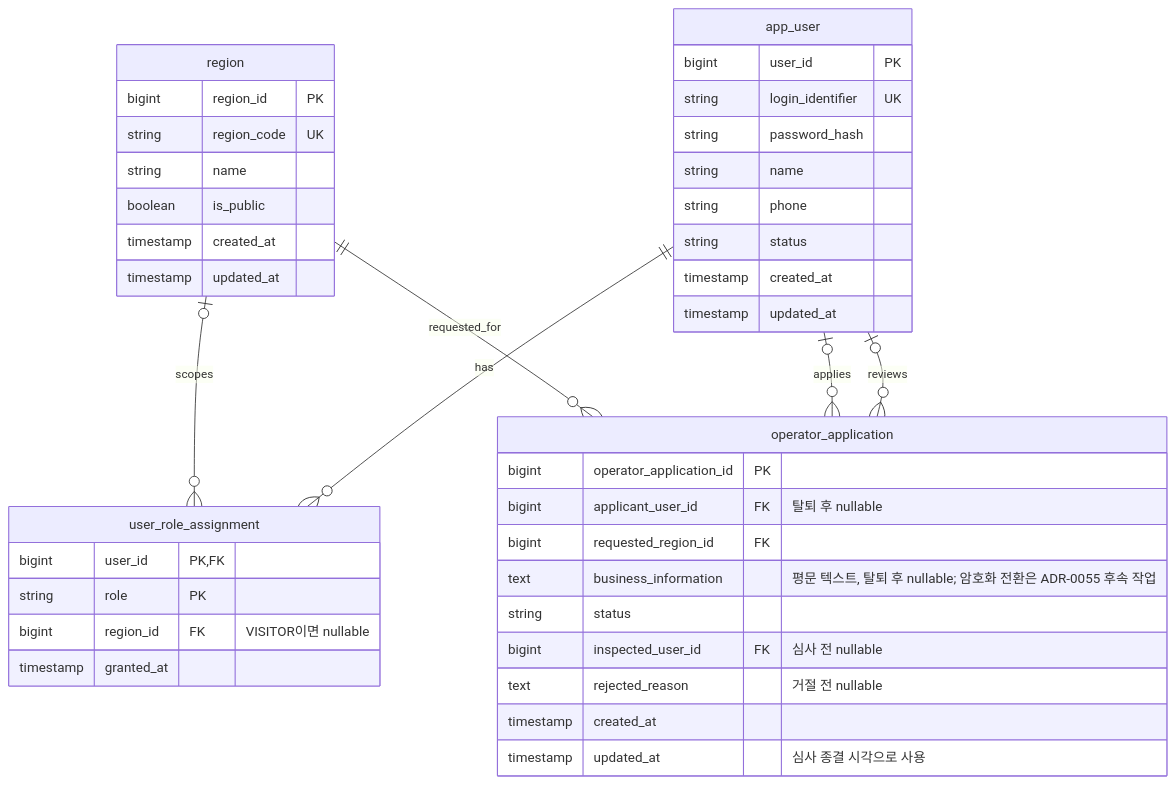
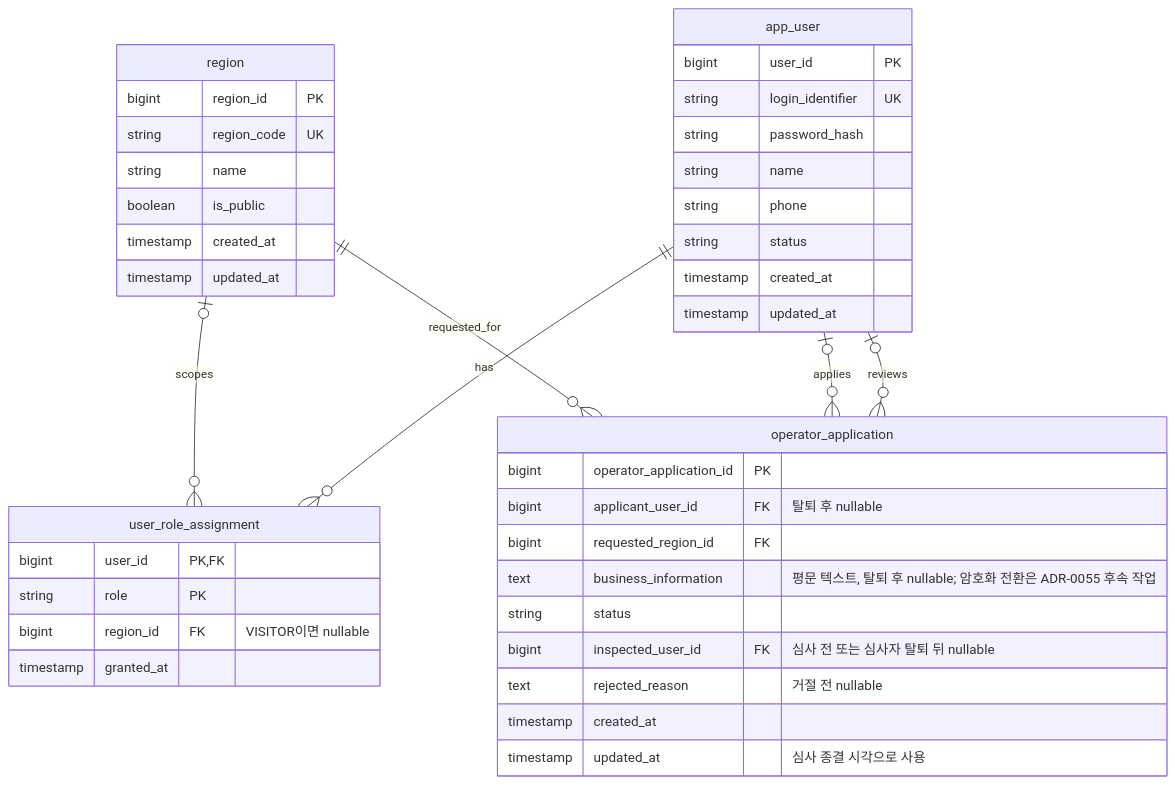
One commit to Gimhae-Yay/Regional-Event-Platform-Backend changed the second of 5 diagrams in docs/erd.md. Above: the diagram before and after it, drawn with Mermaid. The commit also changed other lines of this file and 2 other files, not shown here.

Commit message:
docs: 탈퇴 심사자 비식별화 계약을 정합화한다

````diff
--- a/docs/erd.md
+++ b/docs/erd.md
@@ -218,47 +218,47 @@
 ```mermaid
 erDiagram
     region {
         bigint region_id PK
         string region_code UK
         string name
         boolean is_public
         timestamp created_at
         timestamp updated_at
     }
 
     app_user {
         bigint user_id PK
         string login_identifier UK
         string password_hash
         string name
         string phone
         string status
         timestamp created_at
         timestamp updated_at
     }
 
     user_role_assignment {
         bigint user_id PK, FK
         string role PK
         bigint region_id FK "VISITOR이면 nullable"
         timestamp granted_at
     }
 
     operator_application {
         bigint operator_application_id PK
         bigint applicant_user_id FK "탈퇴 후 nullable"
         bigint requested_region_id FK
         text business_information "평문 텍스트, 탈퇴 후 nullable; 암호화 전환은 ADR-0055 후속 작업"
         string status
-        bigint inspected_user_id FK "심사 전 nullable"
+        bigint inspected_user_id FK "심사 전 또는 심사자 탈퇴 뒤 nullable"
         text rejected_reason "거절 전 nullable"
         timestamp created_at
         timestamp updated_at "심사 종결 시각으로 사용"
     }
 
     region o|--o{ user_role_assignment : scopes
     app_user ||--o{ user_role_assignment : has
     region ||--o{ operator_application : requested_for
     app_user o|--o{ operator_application : applies
     app_user o|--o{ operator_application : reviews
 ```
````
